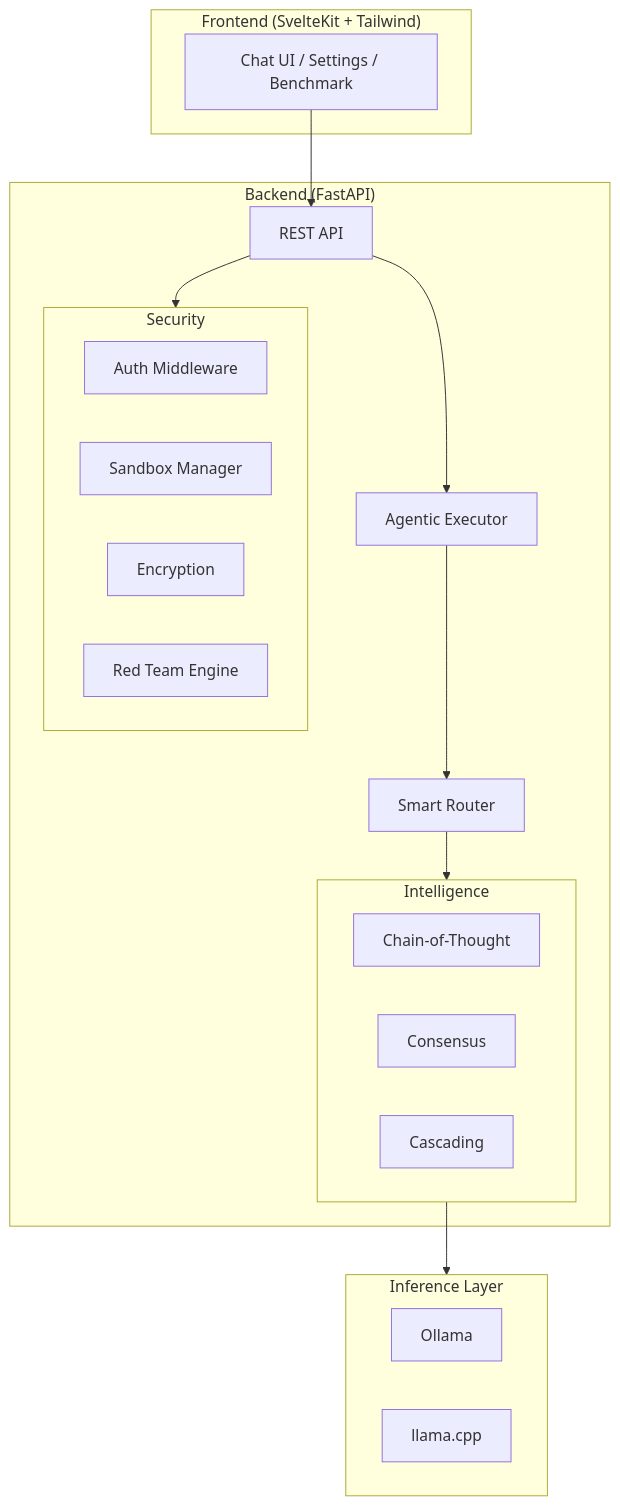
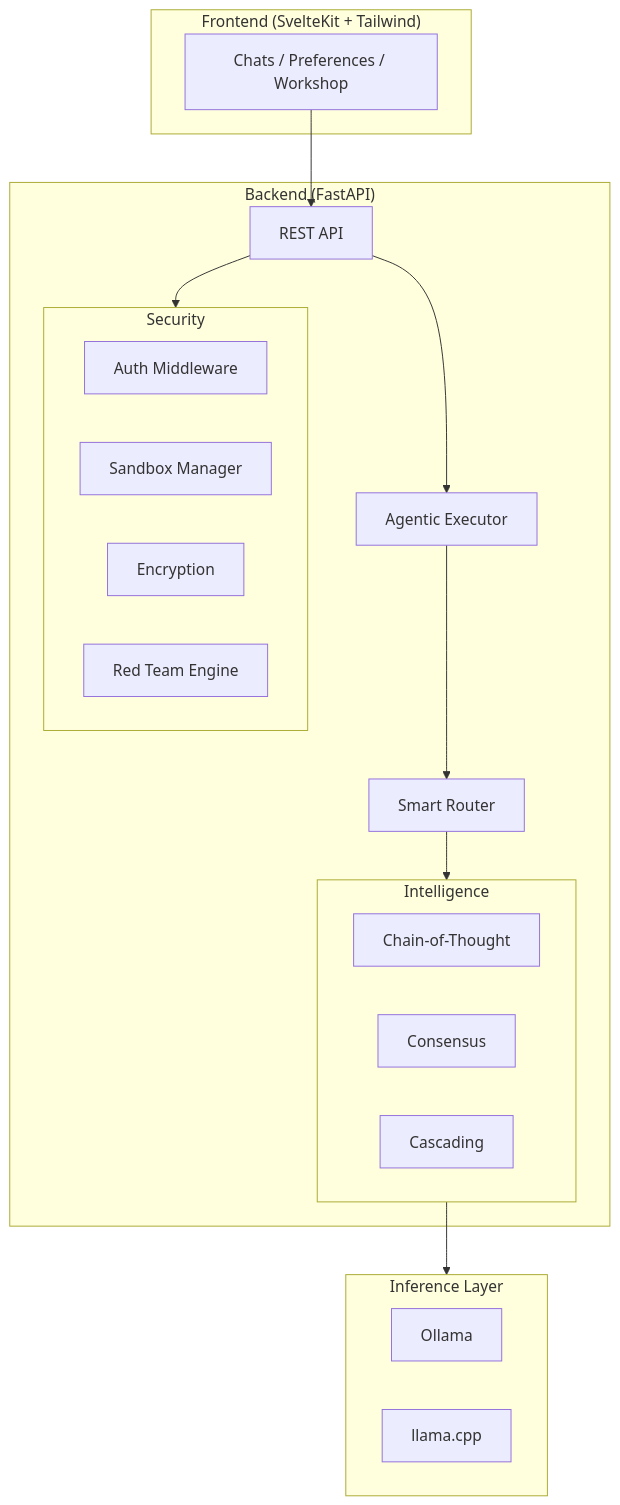
The diagram in docs/index.md (AntsAreRad/opti-oignon), drawn with Mermaid before and after one commit. The commit also changed 122 other files, not shown here.

````diff
--- a/docs/index.md
+++ b/docs/index.md
@@ -51,37 +51,37 @@
 ```mermaid
 graph TB
     subgraph Frontend["Frontend (SvelteKit + Tailwind)"]
-        UI[Chat UI / Settings / Benchmark]
+        UI[Chats / Preferences / Workshop]
     end
 
     subgraph Backend["Backend (FastAPI)"]
         API[REST API]
         AE[Agentic Executor]
         SR[Smart Router]
 
         subgraph Intelligence
             COT[Chain-of-Thought]
             CON[Consensus]
             CAS[Cascading]
         end
 
         subgraph Security
             AM[Auth Middleware]
             SB[Sandbox Manager]
             ENC[Encryption]
             RT[Red Team Engine]
         end
     end
 
     subgraph Inference["Inference Layer"]
         OL[Ollama]
         LC[llama.cpp]
     end
 
     UI --> API
     API --> AE
     AE --> SR
     SR --> Intelligence
     Intelligence --> Inference
     API --> Security
 ```
````
